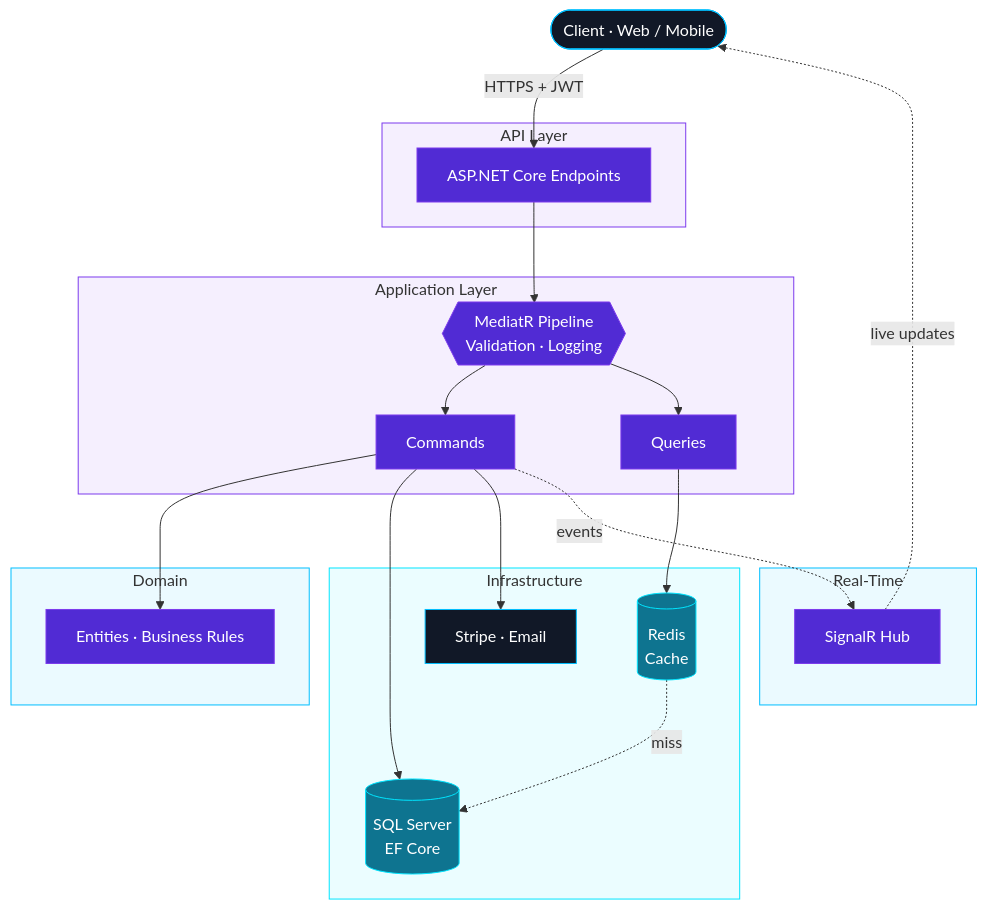
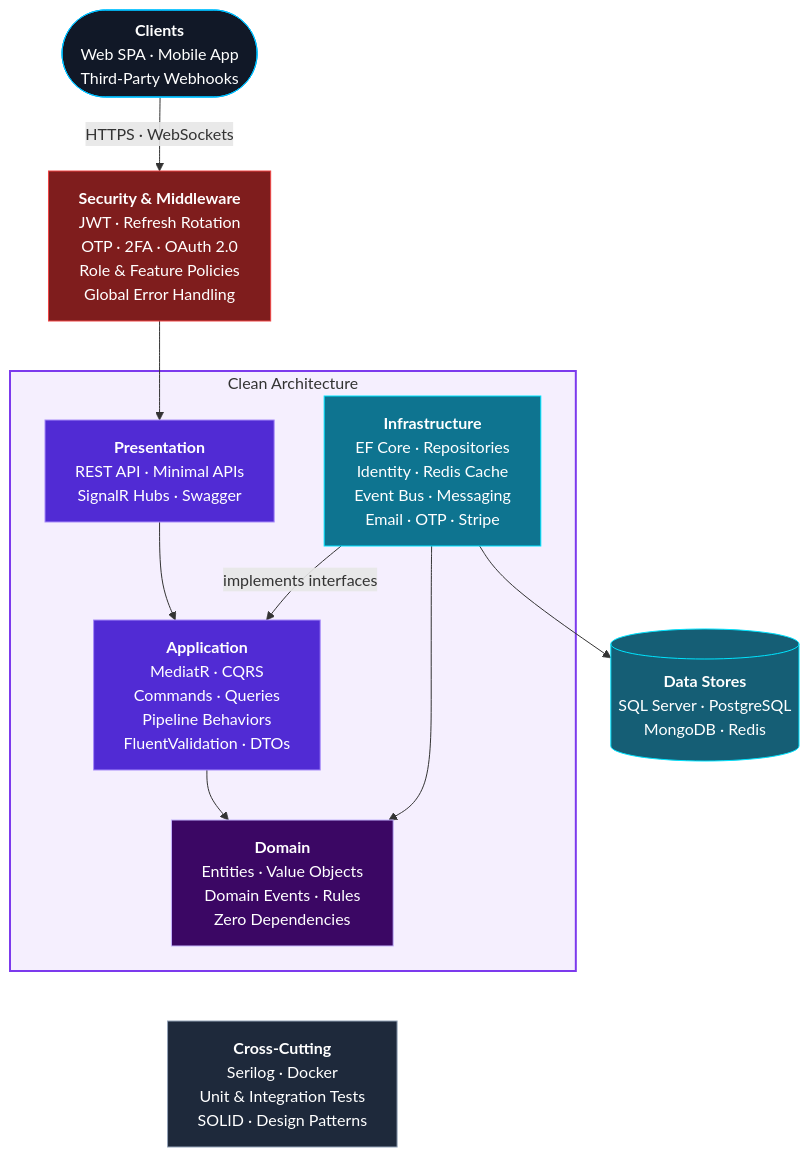
One commit to HossamTohamy1/HossamTohamy1 changed the diagram in README.md. Above: the diagram before and after it, drawn with Mermaid. The commit also changed other lines of this file, not shown here.

Commit message:
Expand architecture diagram with Clean Architecture layers
Show the full layered blueprint: clients, security & middleware,
Presentation / Application / Domain / Infrastructure inside a Clean
Architecture boundary, data stores and cross-cutting concerns.

````diff
--- a/README.md
+++ b/README.md
@@ -22,51 +22,42 @@
 ```mermaid
 flowchart TB
-    client(["Client · Web / Mobile"])
+    clients(["<b>Clients</b><br/>Web SPA · Mobile App<br/>Third-Party Webhooks"])
 
-    subgraph api ["API Layer"]
-        ep["ASP.NET Core Endpoints"]
+    sec["<b>Security & Middleware</b><br/>JWT · Refresh Rotation<br/>OTP · 2FA · OAuth 2.0<br/>Role & Feature Policies<br/>Global Error Handling"]
+
+    subgraph sln ["Clean Architecture"]
+        pres["<b>Presentation</b><br/>REST API · Minimal APIs<br/>SignalR Hubs · Swagger"]
+        infra["<b>Infrastructure</b><br/>EF Core · Repositories<br/>Identity · Redis Cache<br/>Event Bus · Messaging<br/>Email · OTP · Stripe"]
+        app["<b>Application</b><br/>MediatR · CQRS<br/>Commands · Queries<br/>Pipeline Behaviors<br/>FluentValidation · DTOs"]
+        domain["<b>Domain</b><br/>Entities · Value Objects<br/>Domain Events · Rules<br/>Zero Dependencies"]
     end
 
-    subgraph rt ["Real-Time"]
-        hub["SignalR Hub"]
-    end
+    data[("<b>Data Stores</b><br/>SQL Server · PostgreSQL<br/>MongoDB · Redis")]
 
-    subgraph app ["Application Layer"]
-        med{{"MediatR Pipeline<br/>Validation · Logging"}}
-        cmd["Commands"]
-        qry["Queries"]
-    end
+    cross["<b>Cross-Cutting</b><br/>Serilog · Docker<br/>Unit & Integration Tests<br/>SOLID · Design Patterns"]
 
-    subgraph core ["Domain"]
-        ent["Entities · Business Rules"]
-    end
+    clients -- "HTTPS · WebSockets" --> sec
+    sec --> pres
+    pres --> app
+    infra -- "implements interfaces" --> app
+    app --> domain
+    infra --> domain
+    infra --> data
+    domain ~~~ cross
 
-    subgraph infra ["Infrastructure"]
-        db[("SQL Server<br/>EF Core")]
-        cache[("Redis<br/>Cache")]
-        ext["Stripe · Email"]
-    end
-
-    client -- "HTTPS + JWT" --> ep
-    ep --> med
-    med --> cmd & qry
-    cmd --> ent
-    cmd --> db
-    cmd --> ext
-    qry --> cache
-    cache -. "miss" .-> db
-    cmd -. "events" .-> hub
-    hub -. "live updates" .-> client
-
-    classDef svc fill:#512BD4,stroke:#7C3AED,color:#FFFFFF
-    classDef store fill:#0E7490,stroke:#00E5FF,color:#FFFFFF
-    classDef outer fill:#111827,stroke:#00BFFF,color:#FFFFFF
-    class ep,hub,med,cmd,qry,ent svc
-    class db,cache store
-    class client,ext outer
-    style api fill:#7C3AED14,stroke:#7C3AED
-    style rt fill:#00BFFF14,stroke:#00BFFF
-    style app fill:#7C3AED14,stroke:#7C3AED
-    style core fill:#00BFFF14,stroke:#00BFFF
-    style infra fill:#00E5FF14,stroke:#00E5FF
+    classDef client fill:#111827,stroke:#00BFFF,color:#FFFFFF
+    classDef secure fill:#7F1D1D,stroke:#EF4444,color:#FFFFFF
+    classDef layer fill:#512BD4,stroke:#A78BFA,color:#FFFFFF
+    classDef core fill:#3B0764,stroke:#C4B5FD,color:#FFFFFF
+    classDef infraC fill:#0E7490,stroke:#00E5FF,color:#FFFFFF
+    classDef store fill:#155E75,stroke:#00E5FF,color:#FFFFFF
+    classDef xcut fill:#1E293B,stroke:#94A3B8,color:#FFFFFF
+    class clients client
+    class sec secure
+    class pres,app layer
+    class domain core
+    class infra infraC
+    class data store
+    class cross xcut
+    style sln fill:#7C3AED14,stroke:#7C3AED,stroke-width:2px
 ```
````
